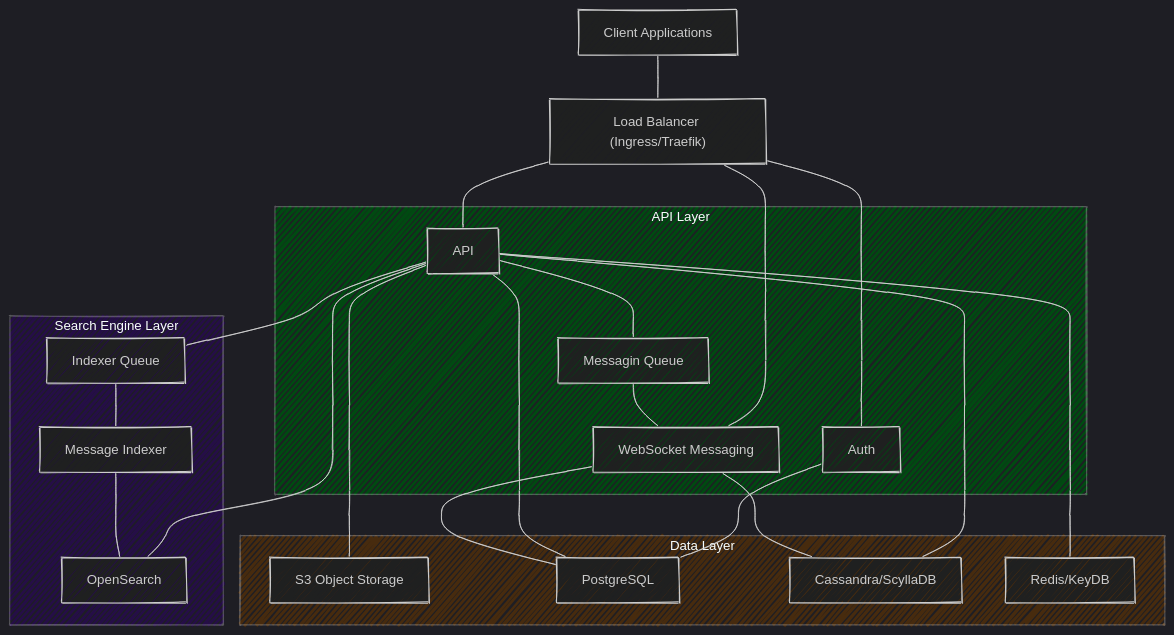
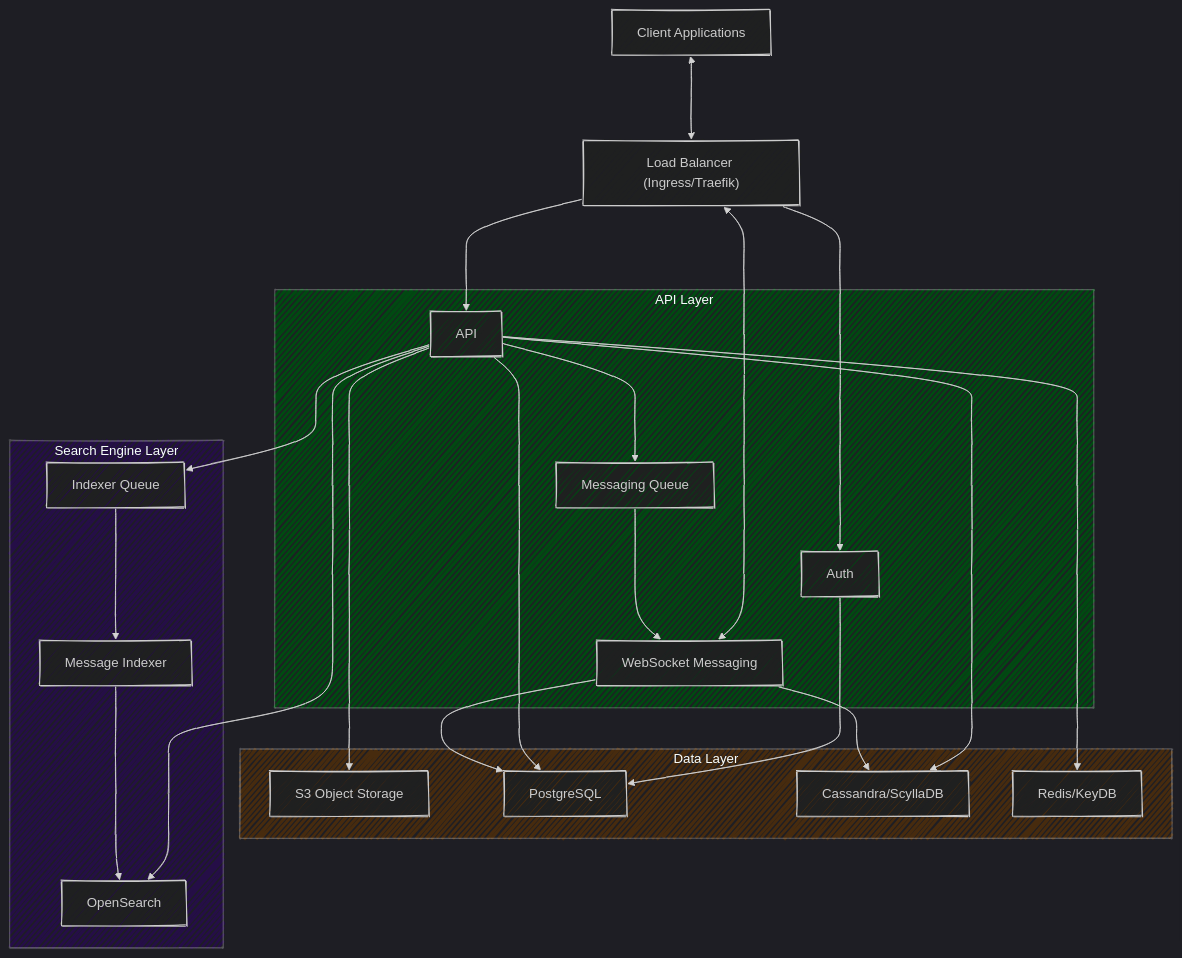
Before and after one commit to FlameInTheDark/gochat: the diagram in docs/project/README.md, drawn with Mermaid.

Commit message:
docs: better diagram code

````diff
--- a/docs/project/README.md
+++ b/docs/project/README.md
@@ -13,59 +13,50 @@
 ```mermaid
 ---
 config:
     look: handDrawn
     theme: dark
 ---
 flowchart
+    n4["Client Applications"]
+    n13["Load Balancer (Ingress/Traefik)"]
+
 	subgraph s1["API Layer"]
-		n7["Messagin Queue"]
+		n7["Messaging Queue"]
 		n3["WebSocket Messaging"]
 		n2["Auth"]
 		n1["API"]
 	end
-	style s1 fill:#004a11
-	n4["Client"]
 	subgraph s2["Data Layer"]
 		n9["S3 Object Storage"]
 		n8["PostgreSQL"]
 		n6["Cassandra/ScyllaDB"]
 		n5["Redis/KeyDB"]
 	end
-	n1
-	n3
-	n1 --- n7
-	n7 --- n3
-	
-	n4
-	s1
-	n4
-	n1
-	n4
-	n2
-	n4["Client Applications"]
-	n3
-	n3 --- n8
-	n3 --- n6
-	n1 --- n9
-	n1 --- n8
-	n1 --- n6
-	n1 --- n5
-	subgraph s3["Search Engine Layer"]
+    subgraph s3["Search Engine Layer"]
 		n12["OpenSearch"]
 		n11["Message Indexer"]
 		n10["Indexer Queue"]
 	end
-	
-	n1 --- n10
-	n10 --- n11
-	n11 --- n12
-	n1 --- n12
-	n2 --- n8
-	n13["Load Balancer"]
-	n4 --- n13
-	n13 --- n1
-	n13 --- n2
-	n13["Load Balancer (Ingress/Traefik)"] --- n3
+
+	n1 ---> n7
+	n7 ---> n3
+	n3 --> n8
+	n3 --> n6
+	n1 --> n9
+	n1 --> n8
+	n1 --> n6
+	n1 --> n5
+	n1 ---> n10
+	n10 ---> n11
+	n11 ---> n12
+	n1 ---> n12
+	n2 ---> n8
+	n4 <---> n13
+	n13 ---> n1
+	n13 ---> n2
+	n13 <--> n3
+
 	style s2 fill:#472b0e
 	style s3 fill:#250e47
+    style s1 fill:#004a11
 ```
````
